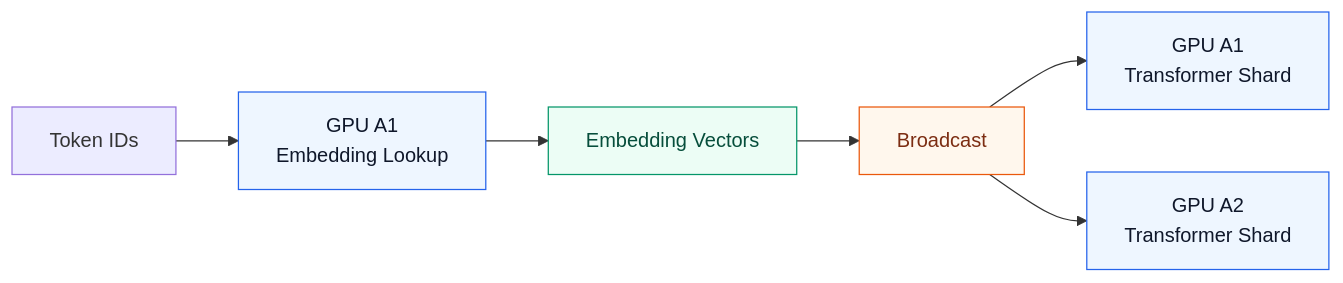
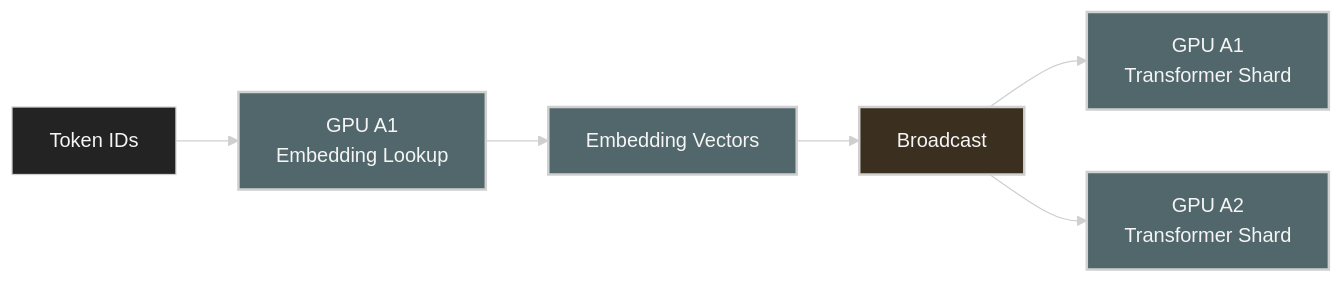
One commit to ziwon/ai-data-center-network changed the seventh of 12 diagrams in deep-learning-for-network-engineers/week03/README.md. Above: the diagram before and after it, drawn with Mermaid. The commit also changed other lines of this file and 35 other files, not shown here.

Commit message:
docs(mermaid): apply dark diagram style

````diff
--- a/deep-learning-for-network-engineers/week03/README.md
+++ b/deep-learning-for-network-engineers/week03/README.md
@@ -379,12 +385,13 @@
 ```mermaid
+%%{init: {"theme": "base", "themeVariables": {"background": "#171717", "primaryColor": "#232323", "primaryTextColor": "#f5f5f5", "primaryBorderColor": "#d0d0d0", "lineColor": "#cfcfcf", "fontFamily": "Inter, Arial, sans-serif"}}}%%
 flowchart LR
-    classDef gpu fill:#eef6ff,stroke:#2563eb,color:#0f172a
-    classDef emb fill:#ecfdf5,stroke:#059669,color:#064e3b
-    classDef sync fill:#fff7ed,stroke:#ea580c,color:#7c2d12
+    classDef gpu fill:#52676b,stroke:#d0d0d0,color:#f5f5f5,stroke-width:2px;
+    classDef emb fill:#52676b,stroke:#d0d0d0,color:#f5f5f5,stroke-width:2px;
+    classDef sync fill:#3b2f20,stroke:#d0d0d0,color:#f5f5f5,stroke-width:2px;
 
     T[Token IDs] --> G0[GPU A1<br/>Embedding Lookup]:::gpu
     G0 --> E[Embedding Vectors]:::emb
     E --> B[Broadcast]:::sync
     B --> G1[GPU A1<br/>Transformer Shard]:::gpu
     B --> G2[GPU A2<br/>Transformer Shard]:::gpu
 ```
````
